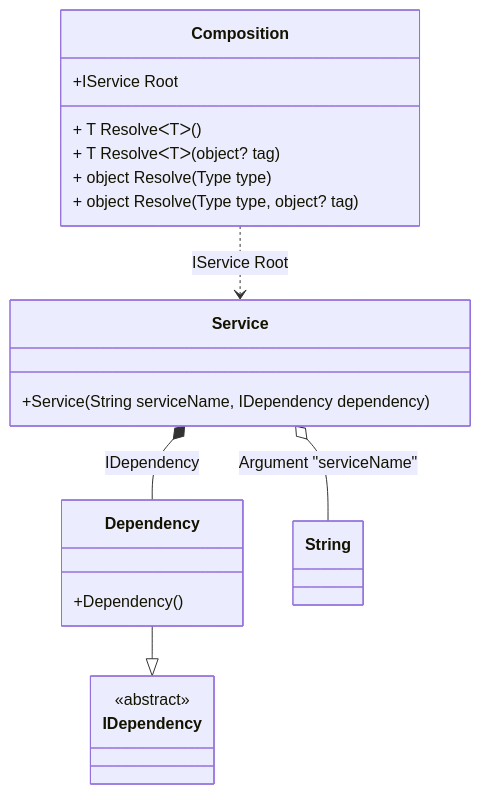
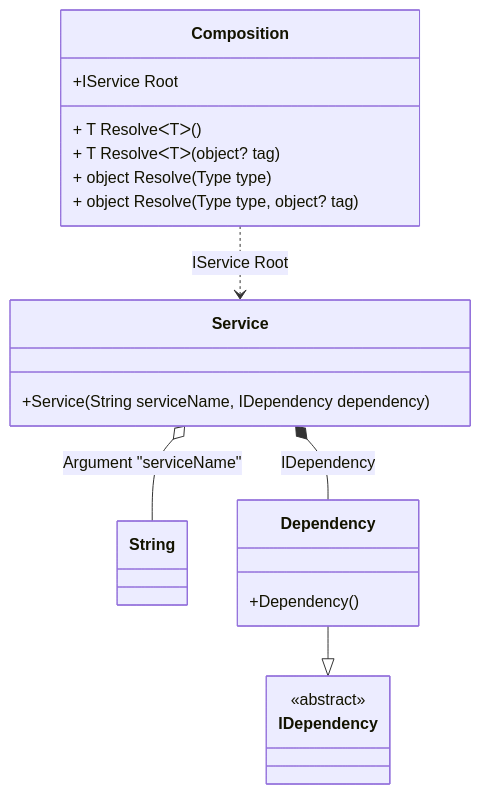
The diagram in readme/instance-initialization.md (DevTeam/Pure.DI), drawn with Mermaid before and after one commit. The commit also changed other lines of this file and 58 other files, not shown here.

Commit message:
Fixes an issue where overloaded bindings can be applied in the wrong sequence

````diff
--- a/readme/instance-initialization.md
+++ b/readme/instance-initialization.md
@@ -58,24 +58,24 @@
 ```mermaid
 classDiagram
   class Composition {
     +IService Root
     + T ResolveᐸTᐳ()
     + T ResolveᐸTᐳ(object? tag)
     + object Resolve(Type type)
     + object Resolve(Type type, object? tag)
   }
   class Service {
     +Service(String serviceName, IDependency dependency)
   }
+  class String
   Dependency --|> IDependency : 
   class Dependency {
     +Dependency()
   }
-  class String
   class IDependency {
     <<abstract>>
   }
   Service o-- String : Argument "serviceName"
   Service *--  Dependency : IDependency
   Composition ..> Service : IService Root
 ```
````
